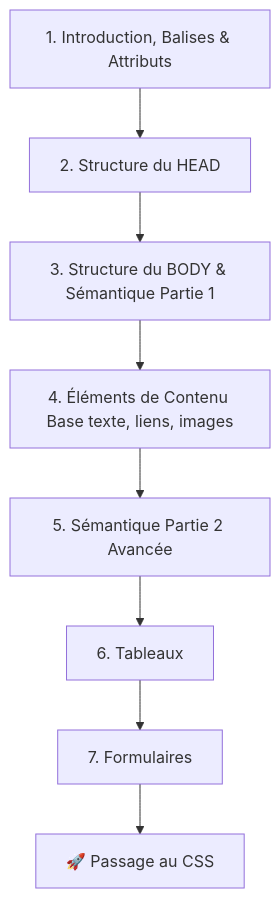
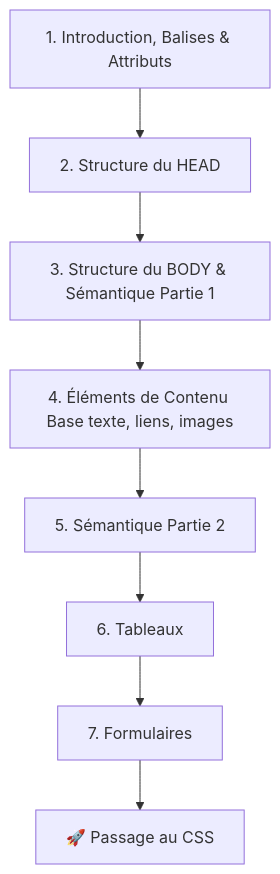
Before and after one commit to ARFP/edu-2026: the first of 2 diagrams in DWWM/CP03-FRONTEND/README.md, drawn with Mermaid. The commit also changed other lines of this file and 8 other files, not shown here.

````diff
--- a/DWWM/CP03-FRONTEND/README.md
+++ b/DWWM/CP03-FRONTEND/README.md
@@ -6,10 +9,10 @@
 ```mermaid
 graph TD
     A[1. Introduction, Balises & Attributs] --> B[2. Structure du HEAD]
     B --> C[3. Structure du BODY & Sémantique Partie 1]
     C --> D[4. Éléments de Contenu Base texte, liens, images]
-    D --> E[5. Sémantique Partie 2 Avancée]
+    D --> E[5. Sémantique Partie 2]
     E --> F[6. Tableaux]
     F --> G[7. Formulaires]
     G --> H[🚀 Passage au CSS]
 ```
````
